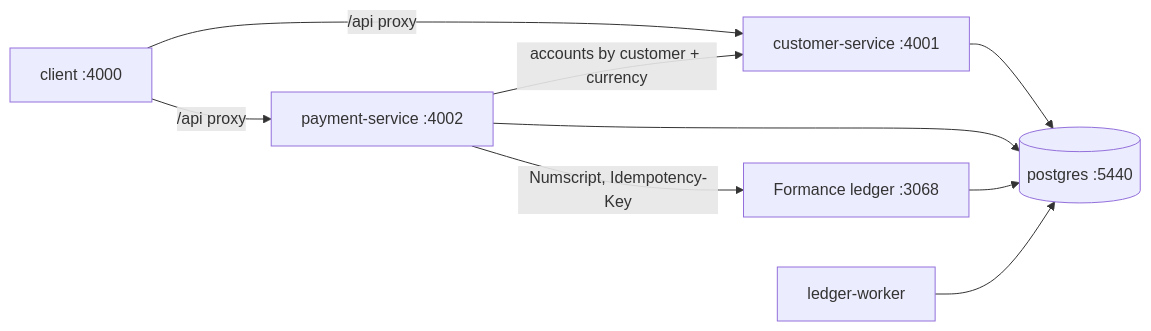
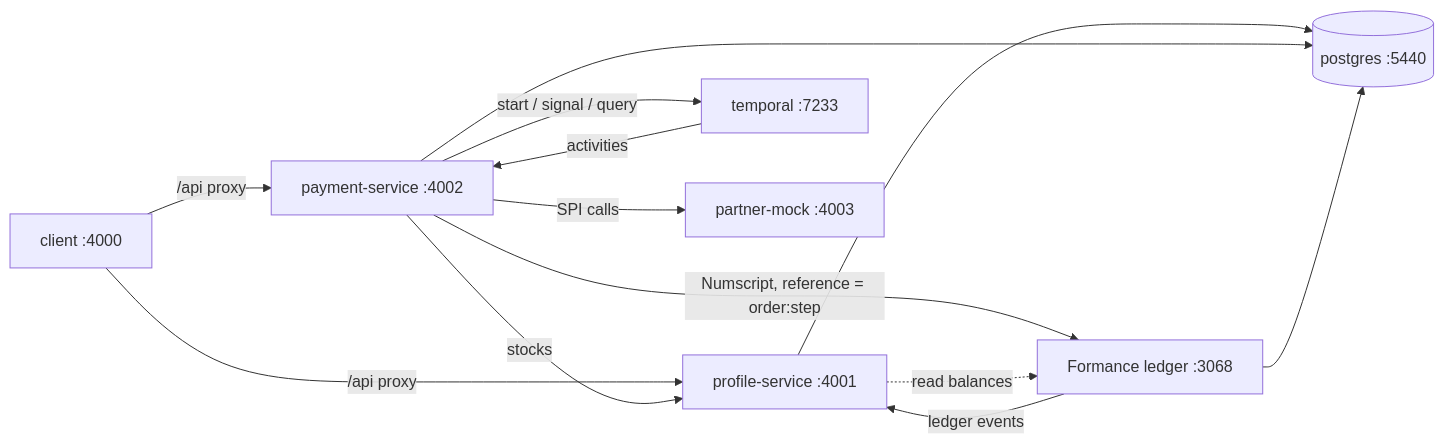
The diagram in architecture/README.md (NeupOrng/payment-formance-poc), drawn with Mermaid before and after one commit. The commit also changed other lines of this file and 286 other files, not shown here.

````diff
--- a/architecture/README.md
+++ b/architecture/README.md
@@ -25,11 +27,15 @@
 ```mermaid
 flowchart LR
-    UI[client :4000] -- "/api proxy" --> C
-    UI -- "/api proxy" --> P
-    C[customer-service :4001] --> PG[(postgres :5440)]
-    P[payment-service :4002] --> PG
-    P -- "accounts by customer + currency" --> C
-    P -- "Numscript, Idempotency-Key" --> L[Formance ledger :3068]
+    UI[client :4000] -- "/api proxy" --> PR[profile-service :4001]
+    UI -- "/api proxy" --> PE[payment-service :4002]
+    PE -- "stocks" --> PR
+    PE -- "start / signal / query" --> T[temporal :7233]
+    T -- "activities" --> PE
+    PE -- "Numscript, reference = order:step" --> L[Formance ledger :3068]
+    PE -- "SPI calls" --> PM[partner-mock :4003]
+    L -- "ledger events" --> PR
+    PR -. "read balances" .-> L
+    PR --> PG[(postgres :5440)]
+    PE --> PG
     L --> PG
-    W[ledger-worker] --> PG
 ```
````
